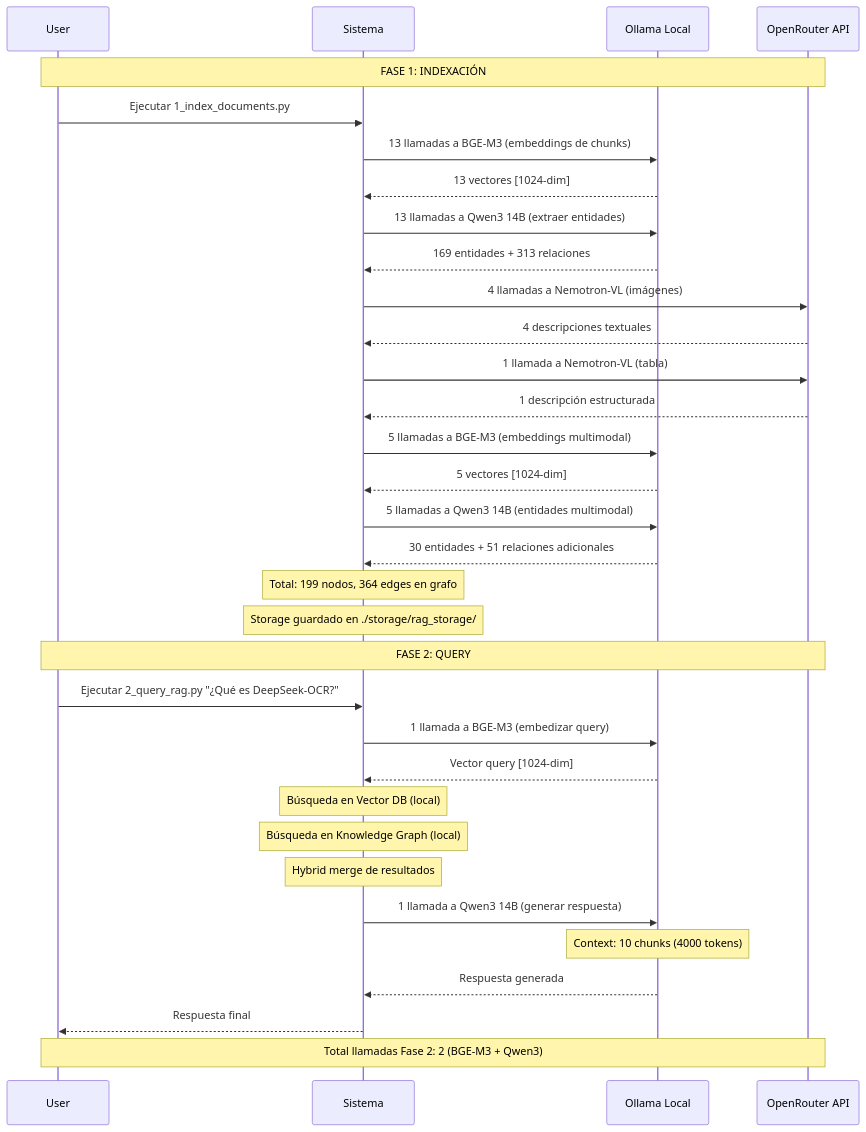
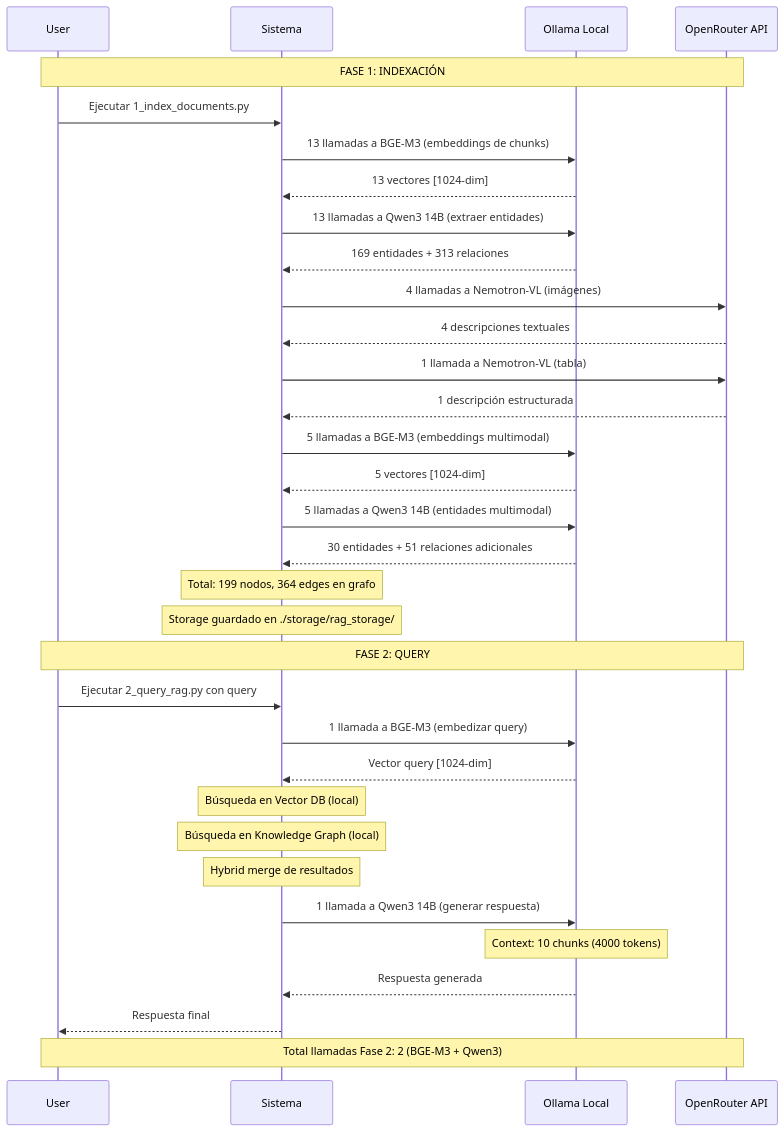
One commit to Tknika/rag-demo changed the seventh of 9 diagrams in WORKSHOP.md. Above: the diagram before and after it, drawn with Mermaid. The commit also changed other lines of this file, not shown here.

````diff
--- a/WORKSHOP.md
+++ b/WORKSHOP.md
@@ -540,49 +540,49 @@
 ```mermaid
 sequenceDiagram
     participant U as User
     participant S as Sistema
     participant O as Ollama Local
     participant R as OpenRouter API
     
     Note over U,R: FASE 1: INDEXACIÓN
     
     U->>S: Ejecutar 1_index_documents.py
     S->>O: 13 llamadas a BGE-M3 (embeddings de chunks)
     O-->>S: 13 vectores [1024-dim]
     
     S->>O: 13 llamadas a Qwen3 14B (extraer entidades)
     O-->>S: 169 entidades + 313 relaciones
     
     S->>R: 4 llamadas a Nemotron-VL (imágenes)
     R-->>S: 4 descripciones textuales
     
     S->>R: 1 llamada a Nemotron-VL (tabla)
     R-->>S: 1 descripción estructurada
     
     S->>O: 5 llamadas a BGE-M3 (embeddings multimodal)
     O-->>S: 5 vectores [1024-dim]
     
     S->>O: 5 llamadas a Qwen3 14B (entidades multimodal)
     O-->>S: 30 entidades + 51 relaciones adicionales
     
     Note over S: Total: 199 nodos, 364 edges en grafo
     Note over S: Storage guardado en ./storage/rag_storage/
     
     Note over U,R: FASE 2: QUERY
     
-    U->>S: Ejecutar 2_query_rag.py "¿Qué es DeepSeek-OCR?"
+    U->>S: Ejecutar 2_query_rag.py con query
     S->>O: 1 llamada a BGE-M3 (embedizar query)
     O-->>S: Vector query [1024-dim]
     
     Note over S: Búsqueda en Vector DB (local)
     Note over S: Búsqueda en Knowledge Graph (local)
     Note over S: Hybrid merge de resultados
     
     S->>O: 1 llamada a Qwen3 14B (generar respuesta)
     Note over O: Context: 10 chunks (4000 tokens)
     O-->>S: Respuesta generada
     
     S-->>U: Respuesta final
     
     Note over U,R: Total llamadas Fase 2: 2 (BGE-M3 + Qwen3)
 ```
````
